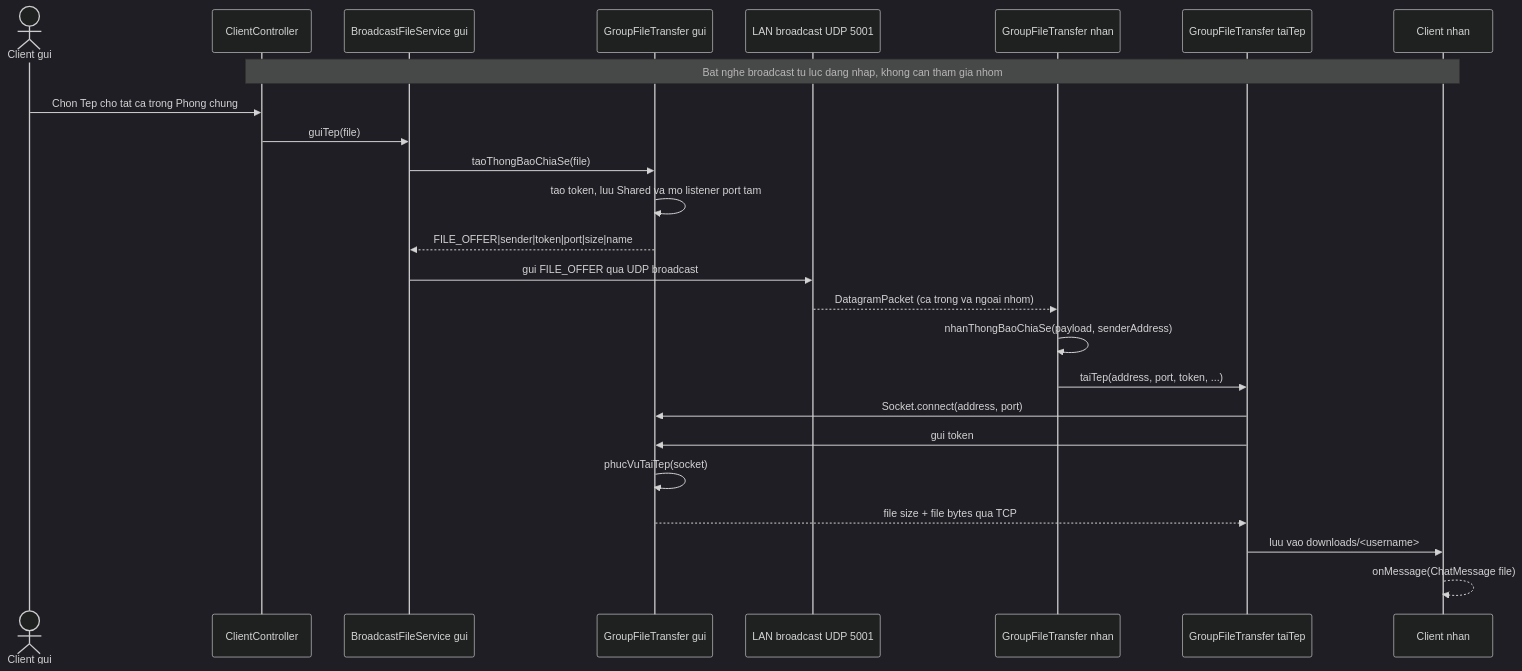
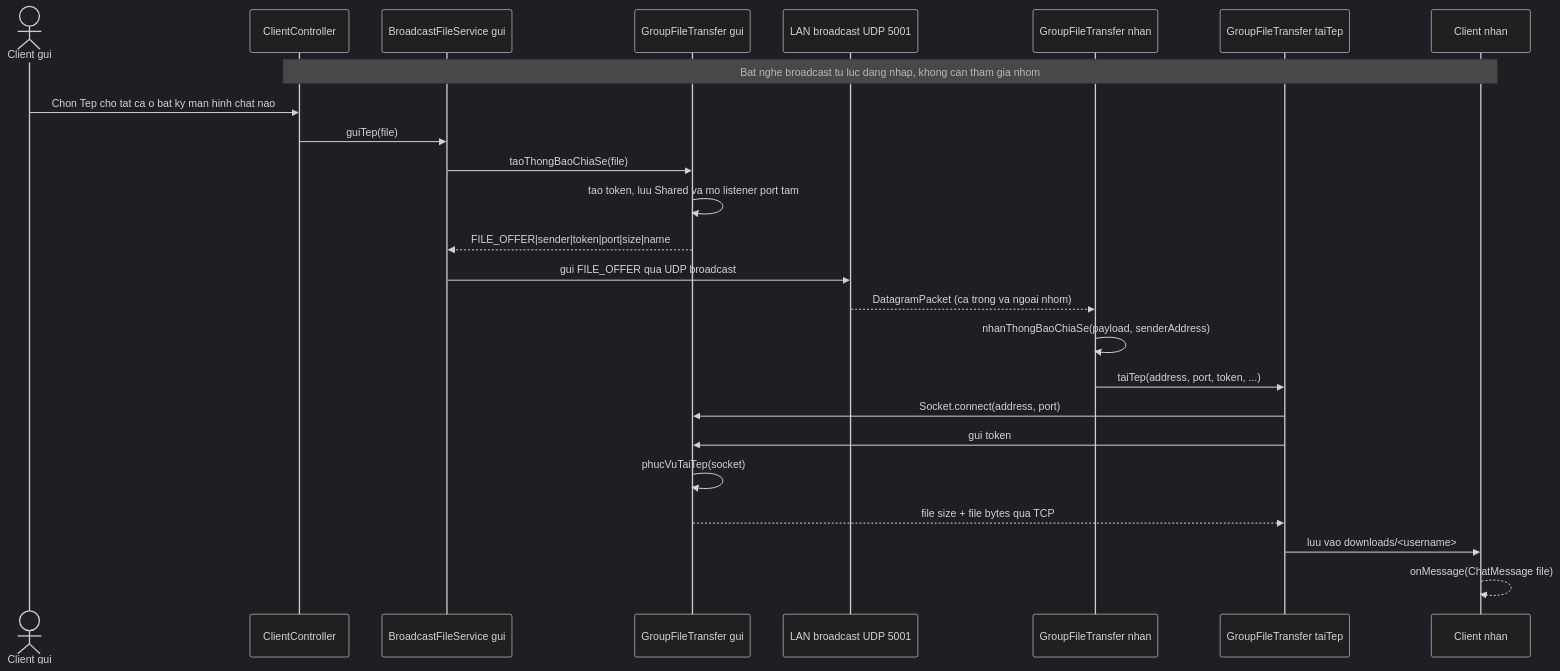
Before and after one commit to HOAIAN06/Lap6_LTM: the seventh of 8 diagrams in docs/sequence-diagram.md, drawn with Mermaid (dark theme). The commit also changed 5 other files, not shown here.

````diff
--- a/docs/sequence-diagram.md
+++ b/docs/sequence-diagram.md
@@ -202,28 +202,28 @@
 ```mermaid
 sequenceDiagram
     actor Sender as Client gui
     participant Ctrl as ClientController
     participant Mcast as BroadcastFileService gui
     participant FileSender as GroupFileTransfer gui
     participant Group as LAN broadcast UDP 5001
     participant ReceiverMcast as GroupFileTransfer nhan
     participant ReceiverFile as GroupFileTransfer taiTep
     participant Receiver as Client nhan
 
     Note over Ctrl,Receiver: Bat nghe broadcast tu luc dang nhap, khong can tham gia nhom
-    Sender->>Ctrl: Chon Tep cho tat ca trong Phong chung
+    Sender->>Ctrl: Chon Tep cho tat ca o bat ky man hinh chat nao
     Ctrl->>Mcast: guiTep(file)
     Mcast->>FileSender: taoThongBaoChiaSe(file)
     FileSender->>FileSender: tao token, luu Shared va mo listener port tam
     FileSender-->>Mcast: FILE_OFFER|sender|token|port|size|name
     Mcast->>Group: gui FILE_OFFER qua UDP broadcast
     Group-->>ReceiverMcast: DatagramPacket (ca trong va ngoai nhom)
     ReceiverMcast->>ReceiverMcast: nhanThongBaoChiaSe(payload, senderAddress)
     ReceiverMcast->>ReceiverFile: taiTep(address, port, token, ...)
     ReceiverFile->>FileSender: Socket.connect(address, port)
     ReceiverFile->>FileSender: gui token
     FileSender->>FileSender: phucVuTaiTep(socket)
     FileSender-->>ReceiverFile: file size + file bytes qua TCP
     ReceiverFile->>Receiver: luu vao downloads/<username>
     Receiver-->>Receiver: onMessage(ChatMessage file)
 ```
````
